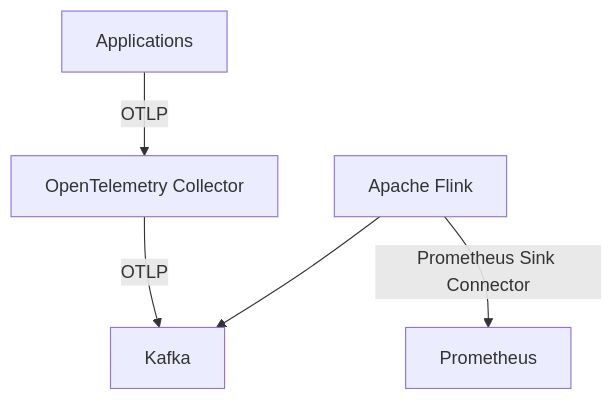
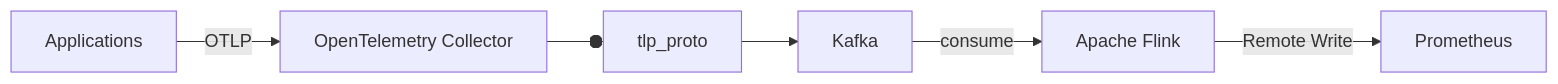
Before and after one commit to apolzek/tryharding-studies: the diagram in pocs/007/README.md, drawn with Mermaid. The commit also changed other lines of this file and 2 other files, not shown here.

````diff
--- a/pocs/007/README.md
+++ b/pocs/007/README.md
@@ -110,7 +9,7 @@
 ```mermaid
-graph TD
+graph LR
     A[Applications] --OTLP--> B[OpenTelemetry Collector]
-    B --OTLP--> C[Kafka]
-    D[Apache Flink] --> C
-    D --Prometheus Sink Connector--> E[Prometheus]
+    B --otlp_proto--> C[Kafka]
+    C --consume--> D[Apache Flink]
+    D --Remote Write--> E[Prometheus]
 ```
````
